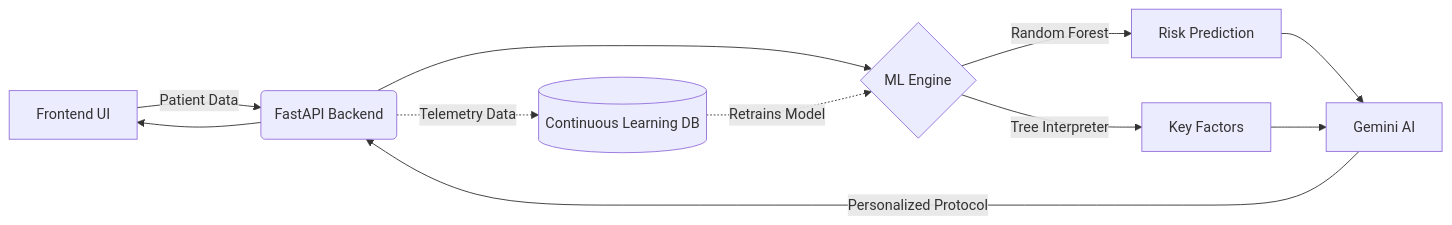
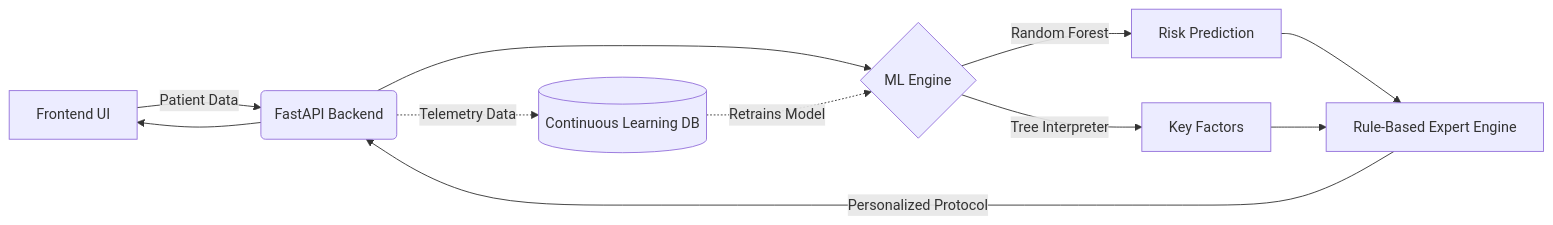
Before and after one commit to soumya0422/HerHealthAI-for-PCOS: the first of 2 diagrams in thesis_chapters.md, drawn with Mermaid. The commit also changed other lines of this file, not shown here.

Commit message:
Update thesis chapters to reflect deterministic rule-based recommendation engine

````diff
--- a/thesis_chapters.md
+++ b/thesis_chapters.md
@@ -44,17 +44,17 @@
 ```mermaid
 graph LR
     A[Frontend UI] -->|Patient Data| B(FastAPI Backend)
     B --> C{ML Engine}
     
     C -->|Random Forest| D[Risk Prediction]
     C -->|Tree Interpreter| E[Key Factors]
     
-    D --> F[Gemini AI]
+    D --> F[Rule-Based Expert Engine]
     E --> F
     
     F -->|Personalized Protocol| B
     B --> A
     
     B -.->|Telemetry Data| G[(Continuous Learning DB)]
     G -.->|Retrains Model| C
 ```
````
